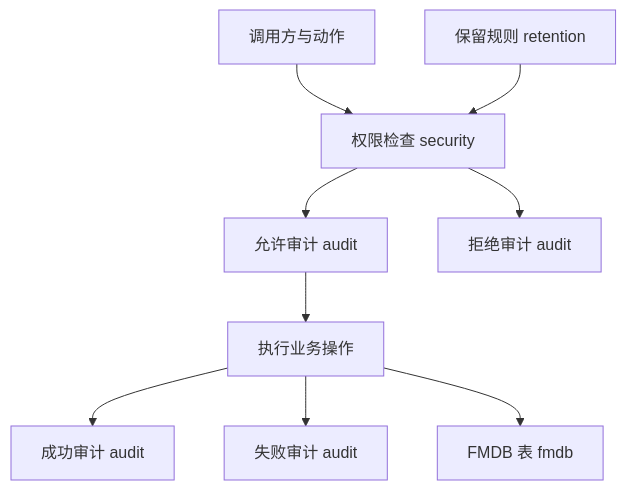
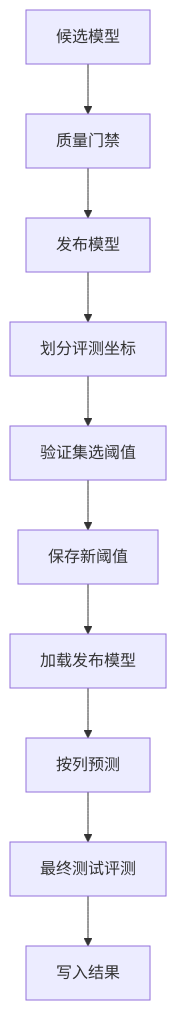
One commit to 18963603561/fmdb_udf_raha changed the sixth of 6 diagrams in doc/20260715/Raha工程-源码完整分析-202607150943.md. Above: the diagram before and after it, drawn with Mermaid. The commit also changed other lines of this file and 1 other file, not shown here.

````diff
--- a/doc/20260715/Raha工程-源码完整分析-202607150943.md
+++ b/doc/20260715/Raha工程-源码完整分析-202607150943.md
@@ -1074,11 +371,12 @@
 ```mermaid
 graph TD;
-n01[调用方与动作] --> n02[权限检查 security];
-n02 --> n03[允许审计 audit];
-n03 --> n04[执行业务操作];
-n04 --> n05[成功审计 audit];
-n04 --> n06[失败审计 audit];
-n02 --> n07[拒绝审计 audit];
-n08[保留规则 retention] --> n02;
-n04 --> n09[FMDB 表 fmdb];
+n01[候选模型] --> n02[质量门禁];
+n02 --> n03[发布模型];
+n03 --> n04[划分评测坐标];
+n04 --> n05[验证集选阈值];
+n05 --> n06[保存新阈值];
+n06 --> n07[加载发布模型];
+n07 --> n08[按列预测];
+n08 --> n09[最终测试评测];
+n09 --> n10[写入结果];
 ```
````
